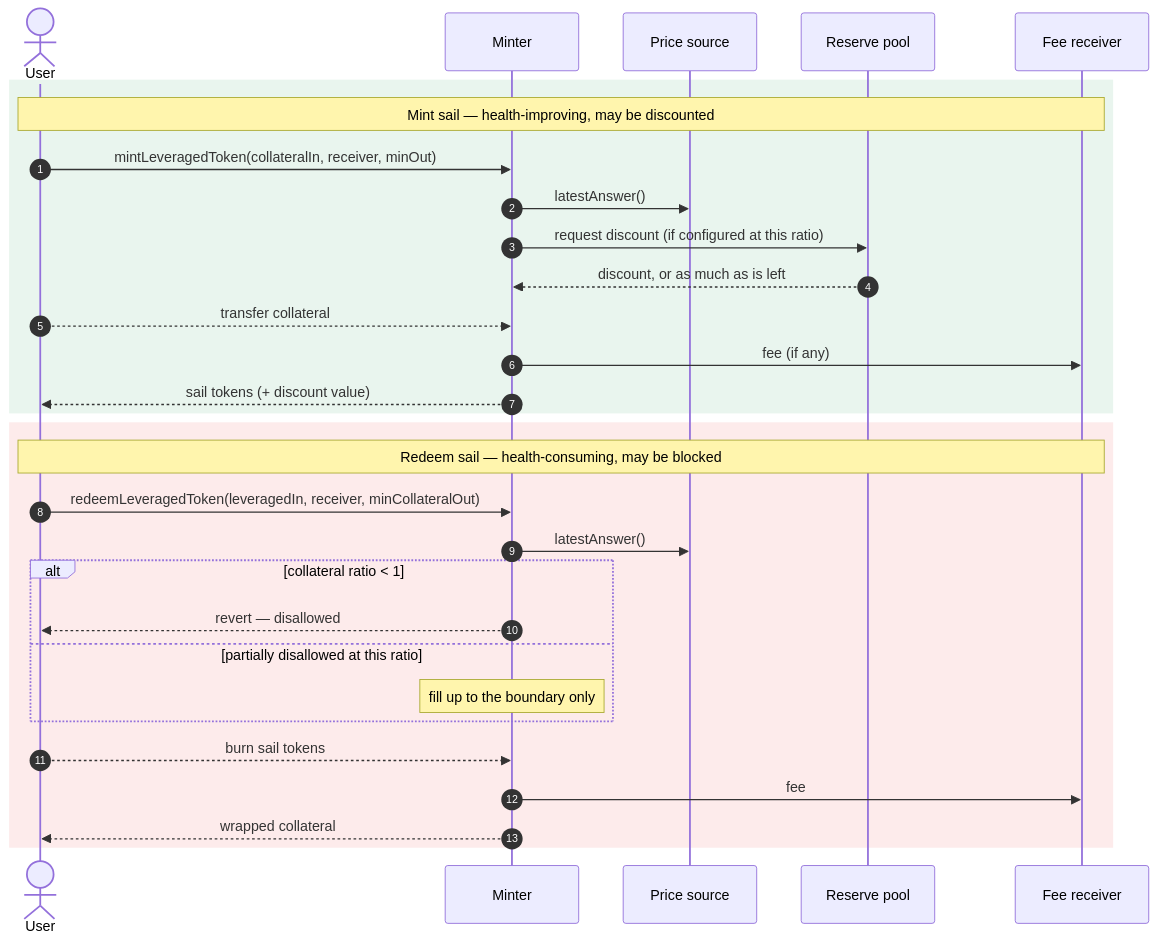
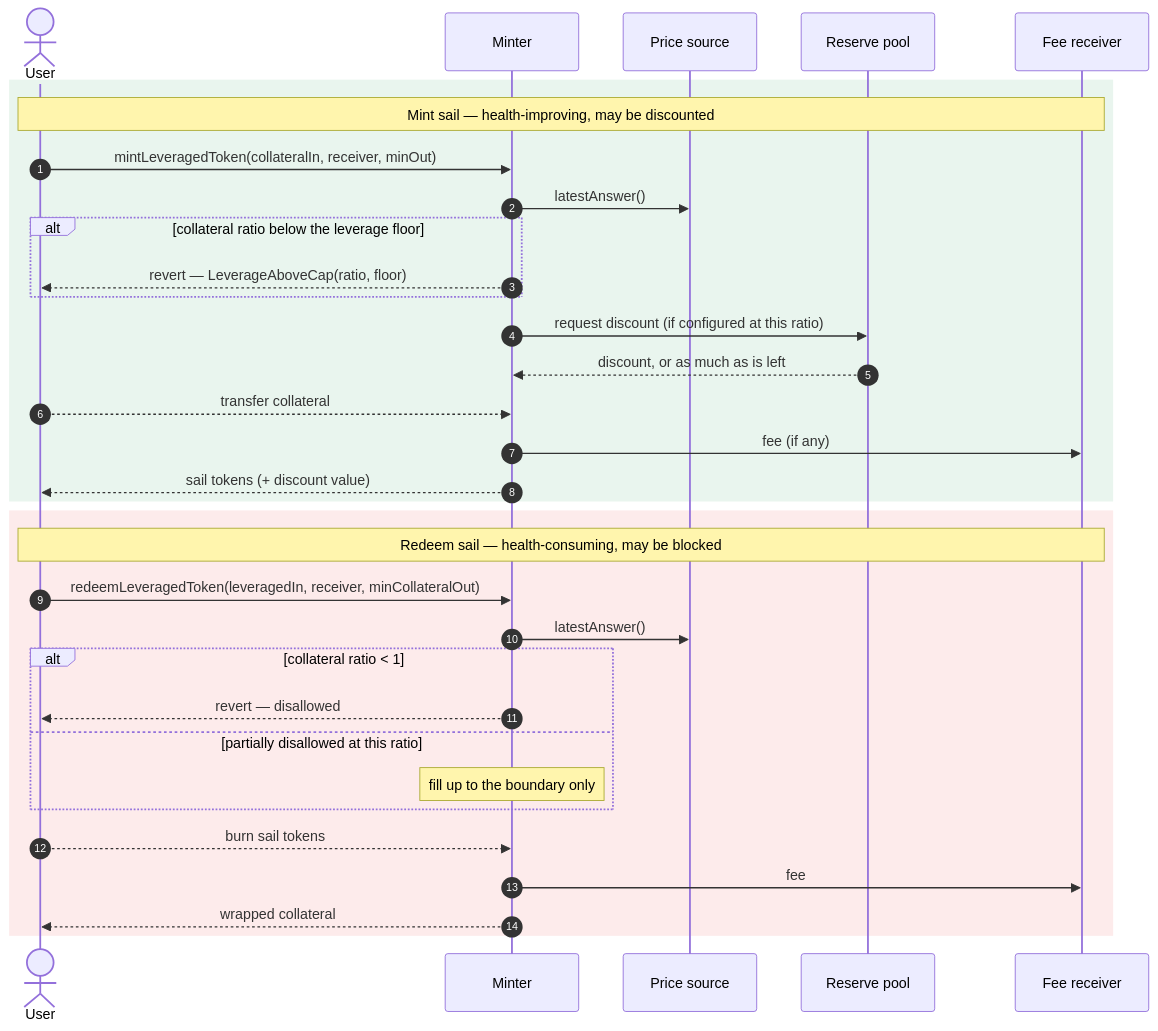
The sixth of 16 diagrams in doc/functional-spec.md (baofinance/harbor), drawn with Mermaid before and after one commit. The commit also changed other lines of this file and 14 other files, not shown here.

````diff
--- a/doc/functional-spec.md
+++ b/doc/functional-spec.md
@@ -1108,34 +1126,37 @@
 ```mermaid
 sequenceDiagram
     autonumber
     actor U as User
     participant M as Minter
     participant O as Price source
     participant R as Reserve pool
     participant F as Fee receiver
 
     rect rgb(233, 245, 238)
     note over U,F: Mint sail — health-improving, may be discounted
     U->>M: mintLeveragedToken(collateralIn, receiver, minOut)
     M->>O: latestAnswer()
+    alt collateral ratio below the leverage floor
+        M-->>U: revert — LeverageAboveCap(ratio, floor)
+    end
     M->>R: request discount (if configured at this ratio)
     R-->>M: discount, or as much as is left
     U-->>M: transfer collateral
     M->>F: fee (if any)
     M-->>U: sail tokens (+ discount value)
     end
 
     rect rgb(253, 235, 235)
     note over U,F: Redeem sail — health-consuming, may be blocked
     U->>M: redeemLeveragedToken(leveragedIn, receiver, minCollateralOut)
     M->>O: latestAnswer()
     alt collateral ratio < 1
         M-->>U: revert — disallowed
     else partially disallowed at this ratio
         note over M: fill up to the boundary only
     end
     U-->>M: burn sail tokens
     M->>F: fee
     M-->>U: wrapped collateral
     end
 ```
````
